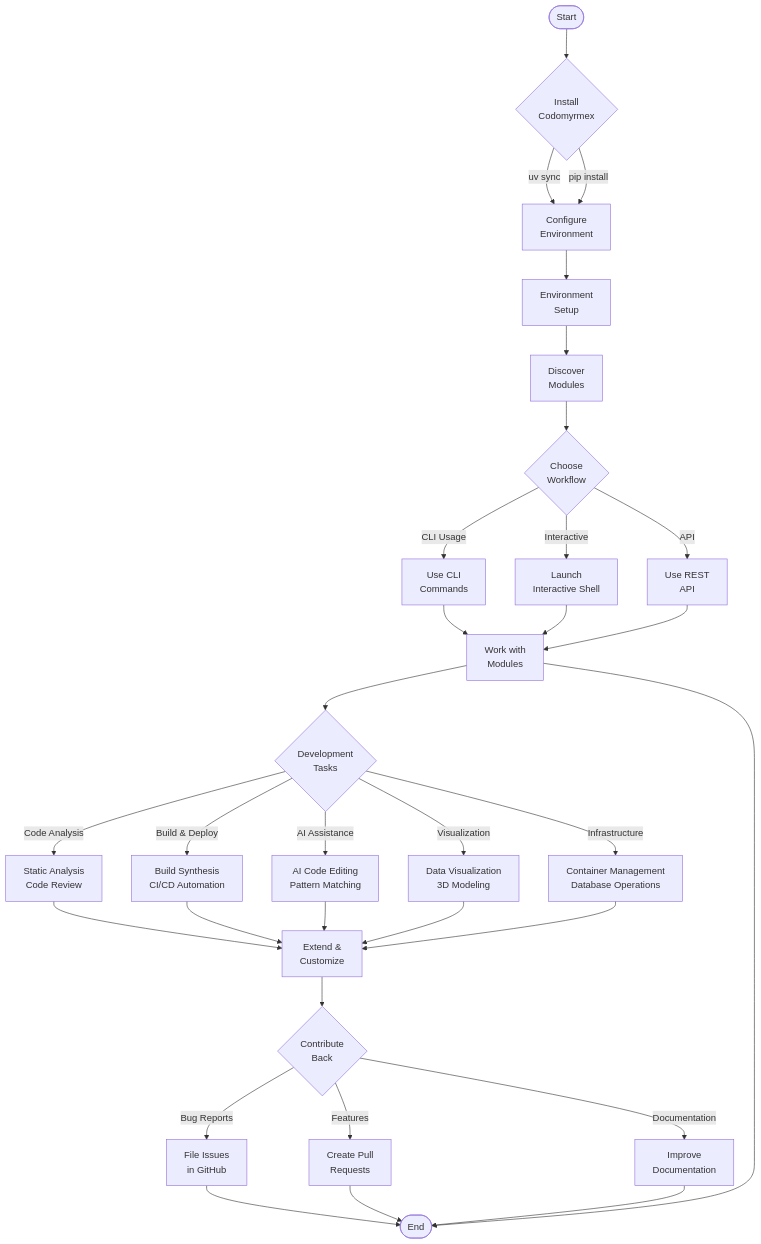
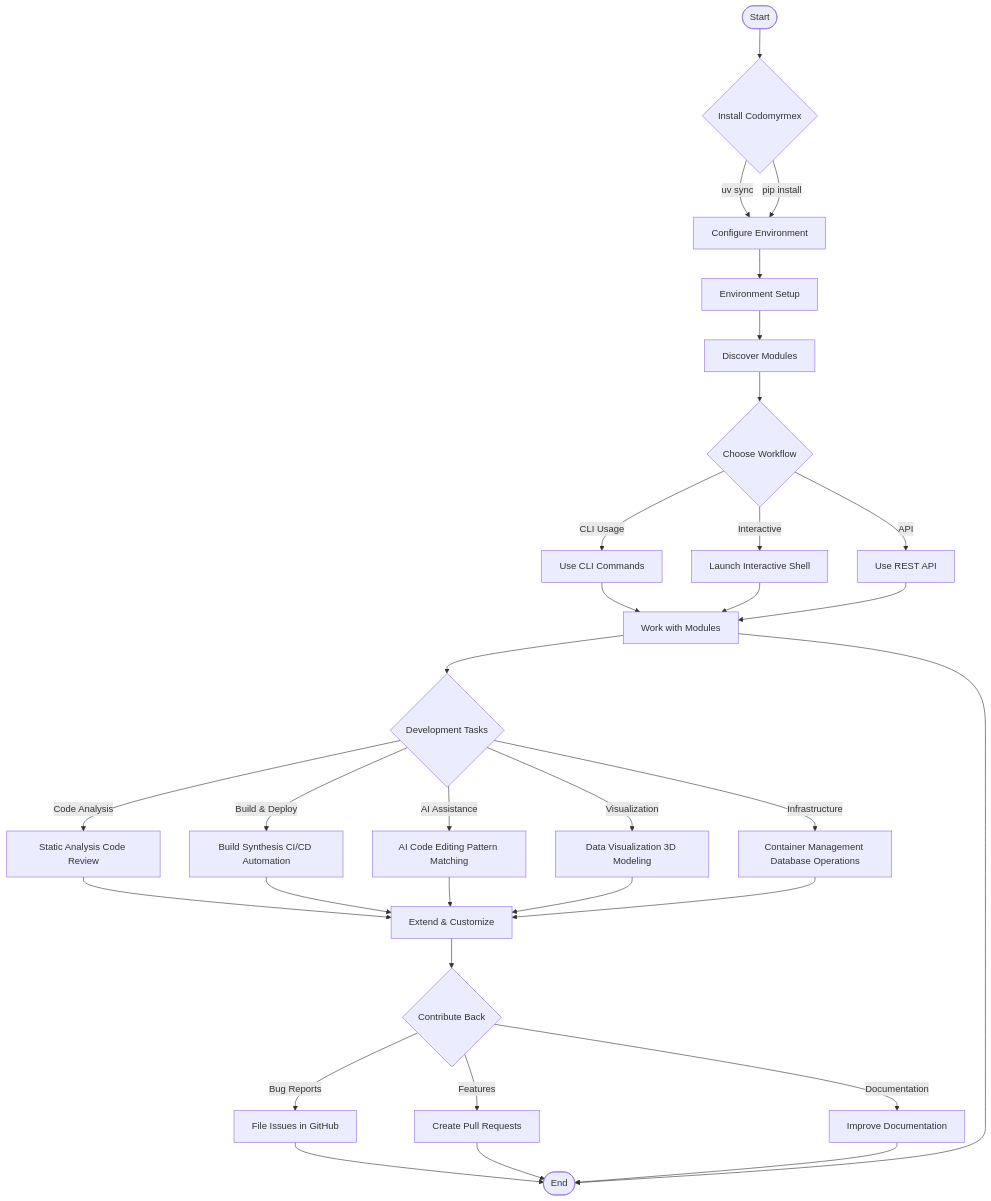
Before and after one commit to docxology/codomyrmex: the fifth of 12 diagrams in README.md, drawn with Mermaid. The commit also changed other lines of this file and 21 other files, not shown here.

````diff
--- a/README.md
+++ b/README.md
@@ -489,46 +546,46 @@
 ```mermaid
 flowchart TD
-    Start([Start]) --> Install{Install<br/>Codomyrmex}
+    Start([Start]) --> Install{Install Codomyrmex}
 
-    Install -->|uv sync| Config[Configure<br/>Environment]
+    Install -->|uv sync| Config["Configure Environment"]
     Install -->|pip install| Config
 
-    Config --> Setup[Environment<br/>Setup]
-    Setup --> Discover[Discover<br/>Modules]
+    Config --> Setup["Environment Setup"]
+    Setup --> Discover["Discover Modules"]
 
-    Discover --> Choose{Choose<br/>Workflow}
+    Discover --> Choose{Choose Workflow}
 
-    Choose -->|CLI Usage| CLI[Use CLI<br/>Commands]
-    Choose -->|Interactive| Interactive[Launch<br/>Interactive Shell]
-    Choose -->|API| API[Use REST<br/>API]
+    Choose -->|CLI Usage| CLI["Use CLI Commands"]
+    Choose -->|Interactive| Interactive["Launch Interactive Shell"]
+    Choose -->|API| API["Use REST API"]
 
-    CLI --> Modules[Work with<br/>Modules]
+    CLI --> Modules["Work with Modules"]
     Interactive --> Modules
     API --> Modules
 
-    Modules --> Dev{Development<br/>Tasks}
+    Modules --> Dev{Development Tasks}
 
-    Dev -->|Code Analysis| Analysis[Static Analysis<br/>Code Review]
-    Dev -->|Build & Deploy| Build[Build Synthesis<br/>CI/CD Automation]
-    Dev -->|AI Assistance| AI[AI Code Editing<br/>Pattern Matching]
-    Dev -->|Visualization| Viz[Data Visualization<br/>3D Modeling]
-    Dev -->|Infrastructure| Infra[Container Management<br/>Database Operations]
+    Dev -->|Code Analysis| Analysis["Static Analysis Code Review"]
+    Dev -->|Build & Deploy| Build["Build Synthesis CI/CD Automation"]
+    Dev -->|AI Assistance| AI["AI Code Editing Pattern Matching"]
+    Dev -->|Visualization| Viz["Data Visualization 3D Modeling"]
+    Dev -->|Infrastructure| Infra["Container Management Database Operations"]
 
-    Analysis --> Extend[Extend &<br/>Customize]
+    Analysis --> Extend["Extend & Customize"]
     Build --> Extend
     AI --> Extend
     Viz --> Extend
     Infra --> Extend
 
-    Extend --> Contrib{Contribute<br/>Back}
+    Extend --> Contrib{Contribute Back}
 
-    Contrib -->|Bug Reports| Issues[File Issues<br/>in GitHub]
-    Contrib -->|Features| PR[Create Pull<br/>Requests]
-    Contrib -->|Documentation| Docs[Improve<br/>Documentation]
+    Contrib -->|Bug Reports| Issues["File Issues in GitHub"]
+    Contrib -->|Features| PR["Create Pull Requests"]
+    Contrib -->|Documentation| Docs["Improve Documentation"]
 
     Issues --> End([End])
     PR --> End
     Docs --> End
 
     Modules --> End
 ```
````
